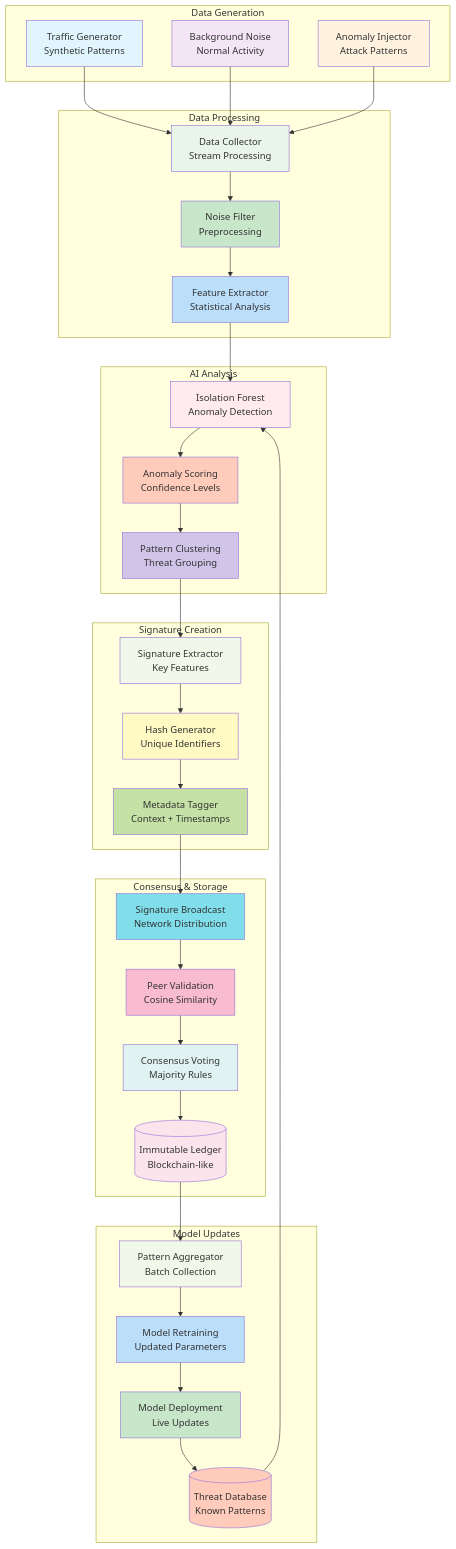
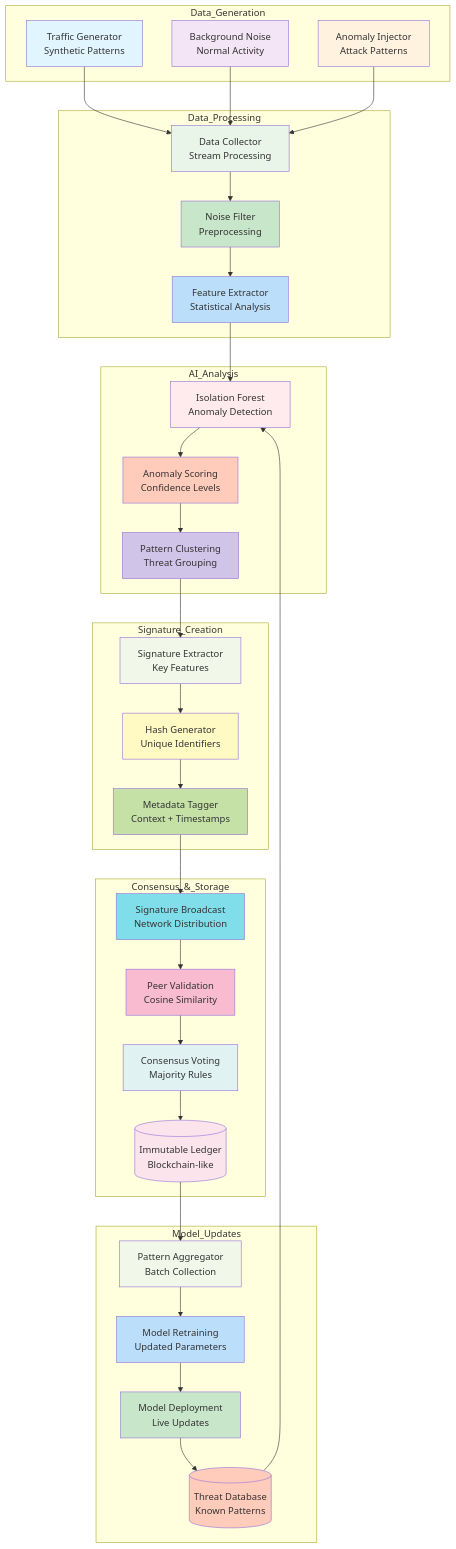
One commit to tanm-sys/build changed the seventh of 17 diagrams in decentralized-ai-simulation/docs/design.md. Above: the diagram before and after it, drawn with Mermaid. The commit also changed other lines of this file and 5 other files, not shown here.

Commit message:
Fix Mermaid diagram parse errors in Markdown files (resolve LINK token issues on line 29 and others)

````diff
--- a/decentralized-ai-simulation/docs/design.md
+++ b/decentralized-ai-simulation/docs/design.md
@@ -438,37 +438,37 @@
 ```mermaid
 flowchart TD
-    subgraph "Data Generation"
+    subgraph "Data_Generation"
         TRAFFIC[Traffic Generator<br/>Synthetic Patterns]
         NOISE[Background Noise<br/>Normal Activity]
         ANOMALY[Anomaly Injector<br/>Attack Patterns]
     end
 
-    subgraph "Data Processing"
+    subgraph "Data_Processing"
         COLLECT[Data Collector<br/>Stream Processing]
         FILTER[Noise Filter<br/>Preprocessing]
         FEATURE[Feature Extractor<br/>Statistical Analysis]
     end
 
-    subgraph "AI Analysis"
+    subgraph "AI_Analysis"
         ISOLATION[Isolation Forest<br/>Anomaly Detection]
         SCORING[Anomaly Scoring<br/>Confidence Levels]
         CLUSTER[Pattern Clustering<br/>Threat Grouping]
     end
 
-    subgraph "Signature Creation"
+    subgraph "Signature_Creation"
         EXTRACT[Signature Extractor<br/>Key Features]
         HASH[Hash Generator<br/>Unique Identifiers]
         METADATA[Metadata Tagger<br/>Context + Timestamps]
     end
 
-    subgraph "Consensus & Storage"
+    subgraph "Consensus_&_Storage"
         BROADCAST[Signature Broadcast<br/>Network Distribution]
         VALIDATE[Peer Validation<br/>Cosine Similarity]
         VOTE[Consensus Voting<br/>Majority Rules]
         LEDGER[(Immutable Ledger<br/>Blockchain-like)]
     end
 
-    subgraph "Model Updates"
+    subgraph "Model_Updates"
         AGGREGATE[Pattern Aggregator<br/>Batch Collection]
         RETRAIN[Model Retraining<br/>Updated Parameters]
         DEPLOY[Model Deployment<br/>Live Updates]
````
